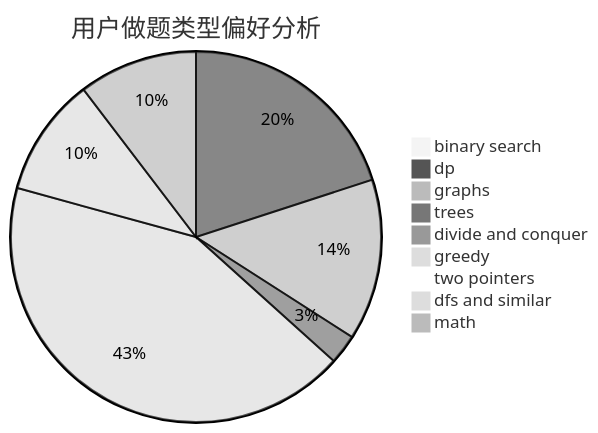
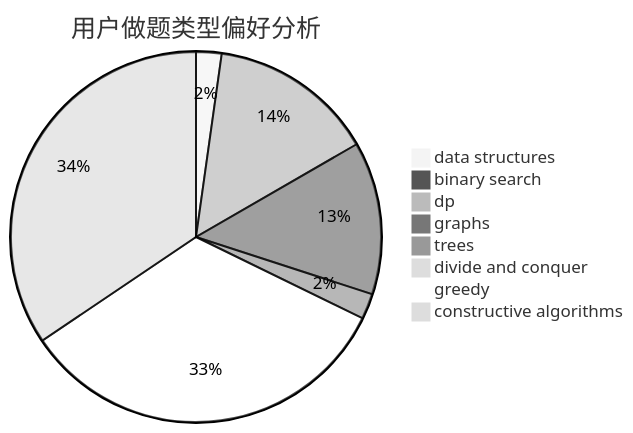
One commit to sherpahu/cfrs.github.io changed the second of 3 diagrams in docs/user/u58.md. Above: the diagram before and after it, drawn with Mermaid (neutral theme). The commit also changed other lines of this file and 2775 other files, not shown here.

````diff
--- a/docs/user/u58.md
+++ b/docs/user/u58.md
@@ -23,12 +23,11 @@
 ```mermaid
 pie title 用户做题类型偏好分析
+    "data structures" :  2
     "binary search" :  0
-    "dp" :  54
-    "graphs" :  38
-    "trees" :  7
+    "dp" :  13
+    "graphs" :  12
+    "trees" :  2
     "divide and conquer" :  0
-    "greedy" :  115
-    "two pointers" :  0
-    "dfs and similar" :  28
-    "math" :  28
+    "greedy" :  30
+    "constructive algorithms" :  31
 ```
````
